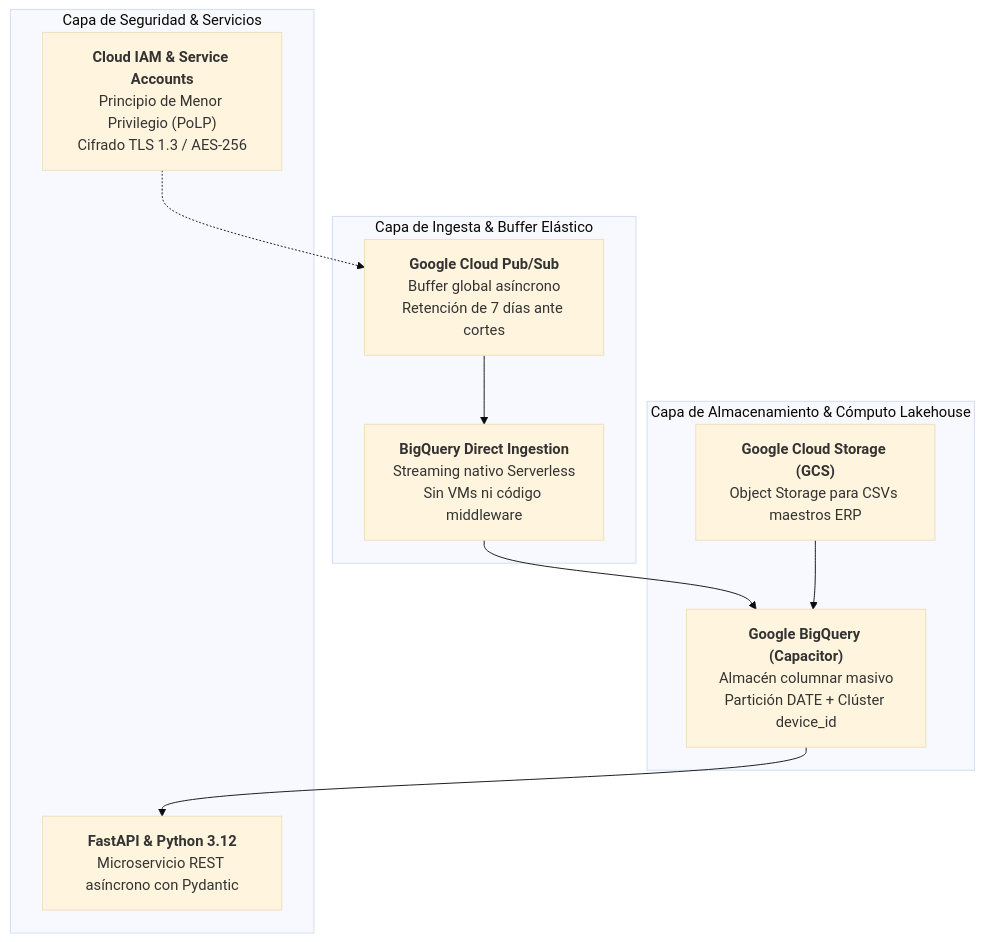
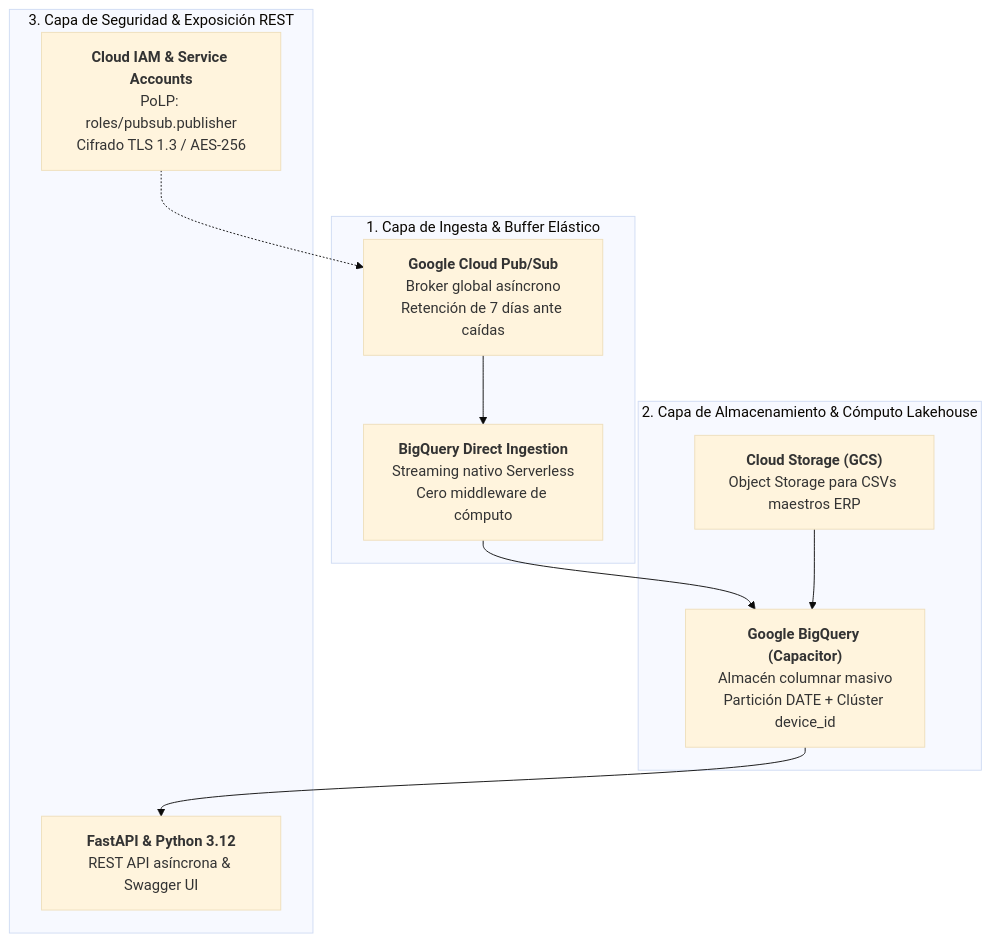
Before and after one commit to gsoto1872-blip/iot-coldchain: the second of 5 diagrams in informe/SLIDES_SUSTENTACION.md, drawn with Mermaid (base theme). The commit also changed other lines of this file, not shown here.

Commit message:
docs(slides): expand SLIDES_SUSTENTACION.md with comprehensive slide-by-slide pedagogical guides, deep architectural breakdowns, and complete jury defense scripts

````diff
--- a/informe/SLIDES_SUSTENTACION.md
+++ b/informe/SLIDES_SUSTENTACION.md
@@ -161,22 +287,22 @@
 ```mermaid
 flowchart TD
-    subgraph Ingesta["Capa de Ingesta & Buffer Elástico"]
-        PS["<b>Google Cloud Pub/Sub</b><br/>Buffer global asíncrono<br/>Retención de 7 días ante cortes"]
-        SubBQ["<b>BigQuery Direct Ingestion</b><br/>Streaming nativo Serverless<br/>Sin VMs ni código middleware"]
+    subgraph Ingesta["1. Capa de Ingesta & Buffer Elástico"]
+        PS["<b>Google Cloud Pub/Sub</b><br/>Broker global asíncrono<br/>Retención de 7 días ante caídas"]
+        SubBQ["<b>BigQuery Direct Ingestion</b><br/>Streaming nativo Serverless<br/>Cero middleware de cómputo"]
     end
 
-    subgraph Almacenamiento["Capa de Almacenamiento & Cómputo Lakehouse"]
+    subgraph Almacenamiento["2. Capa de Almacenamiento & Cómputo Lakehouse"]
         BQ["<b>Google BigQuery (Capacitor)</b><br/>Almacén columnar masivo<br/>Partición DATE + Clúster device_id"]
-        GCS["<b>Google Cloud Storage (GCS)</b><br/>Object Storage para CSVs maestros ERP"]
+        GCS["<b>Cloud Storage (GCS)</b><br/>Object Storage para CSVs maestros ERP"]
     end
 
-    subgraph SeguridadServicios["Capa de Seguridad & Servicios"]
-        IAM["<b>Cloud IAM & Service Accounts</b><br/>Principio de Menor Privilegio (PoLP)<br/>Cifrado TLS 1.3 / AES-256"]
-        API["<b>FastAPI & Python 3.12</b><br/>Microservicio REST asíncrono con Pydantic"]
+    subgraph SeguridadServicios["3. Capa de Seguridad & Exposición REST"]
+        IAM["<b>Cloud IAM & Service Accounts</b><br/>PoLP: roles/pubsub.publisher<br/>Cifrado TLS 1.3 / AES-256"]
+        API["<b>FastAPI & Python 3.12</b><br/>REST API asíncrona & Swagger UI"]
     end
 
     PS --> SubBQ --> BQ
     GCS --> BQ
     IAM -.-> PS
     BQ --> API
 ```
````
